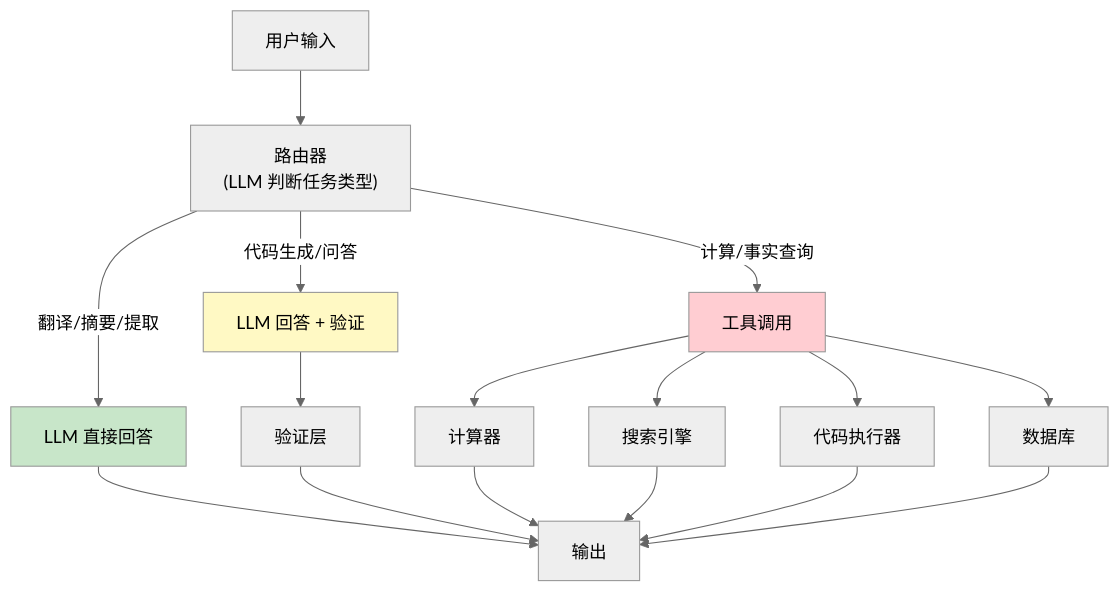
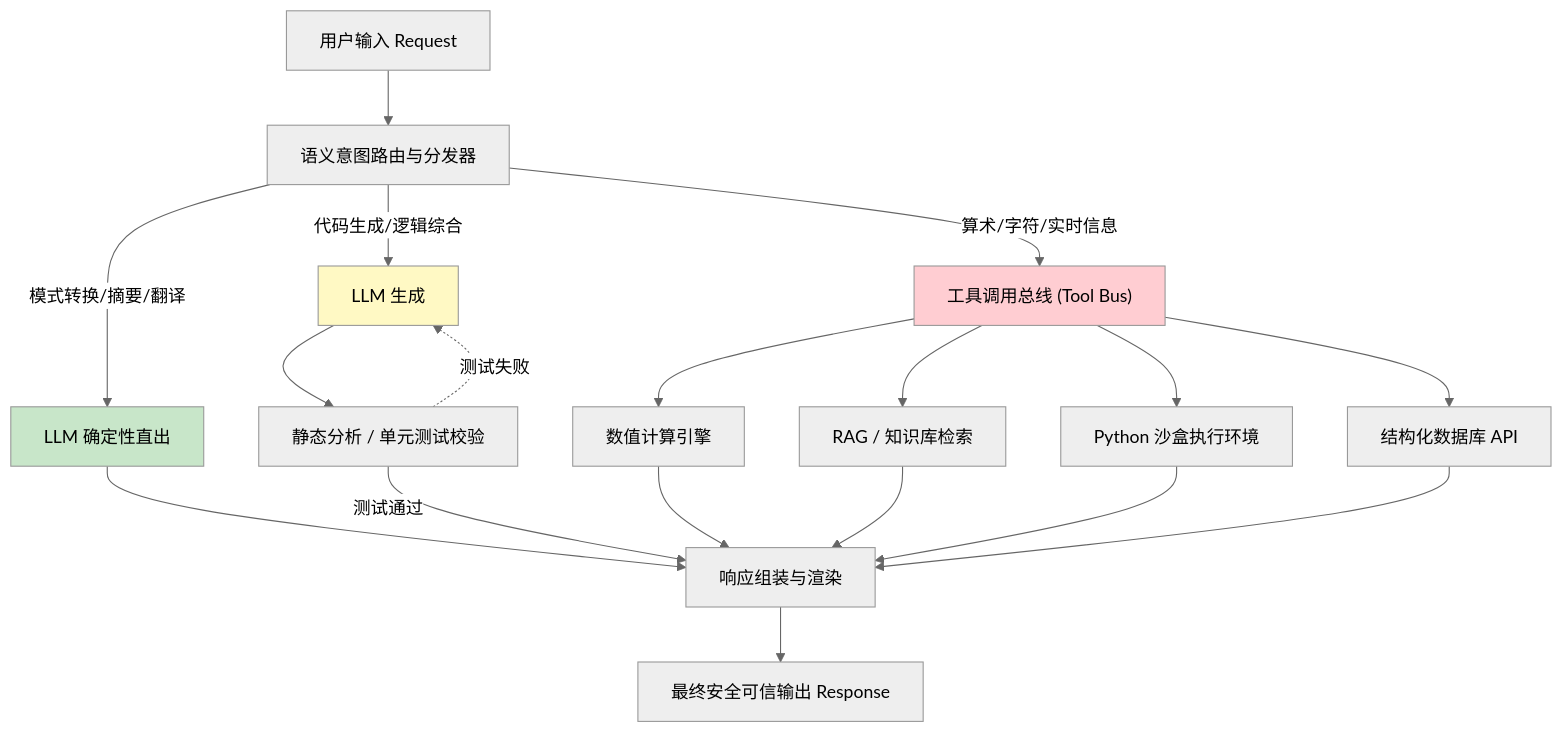
The eighth of 9 diagrams in chapters/06-limitations.md (yingwang/thinking-in-llm), drawn with Mermaid (neutral theme) before and after one commit. The commit also changed other lines of this file and 31 other files, not shown here.

````diff
--- a/chapters/06-limitations.md
+++ b/chapters/06-limitations.md
@@ -574,22 +402,27 @@
 ```mermaid
 flowchart TD
-    U["用户输入"] --> R["路由器<br>(LLM 判断任务类型)"]
-    R -->|翻译/摘要/提取| LLM["LLM 直接回答"]
-    R -->|代码生成/问答| LLM2["LLM 回答 + 验证"]
-    R -->|计算/事实查询| T["工具调用"]
-    T --> CALC["计算器"]
-    T --> SEARCH["搜索引擎"]
-    T --> CODE["代码执行器"]
-    T --> DB["数据库"]
+    User["用户输入 Request"] --> Router["语义意图路由与分发器"]
     
-    LLM --> OUT["输出"]
-    LLM2 --> V["验证层"] --> OUT
-    CALC --> OUT
-    SEARCH --> OUT
-    CODE --> OUT
-    DB --> OUT
+    Router -->|模式转换/摘要/翻译| LLM_Direct["LLM 确定性直出"]
+    Router -->|代码生成/逻辑综合| LLM_Verify["LLM 生成"] --> Verifier["静态分析 / 单元测试校验"]
+    Router -->|算术/字符/实时信息| Tool_Dispatch["工具调用总线 (Tool Bus)"]
     
-    style LLM fill:#c8e6c9
-    style LLM2 fill:#fff9c4
-    style T fill:#ffcdd2
+    Tool_Dispatch --> Tool_Calc["数值计算引擎"]
+    Tool_Dispatch --> Tool_RAG["RAG / 知识库检索"]
+    Tool_Dispatch --> Tool_Code["Python 沙盒执行环境"]
+    Tool_Dispatch --> Tool_DB["结构化数据库 API"]
+    
+    LLM_Direct --> Aggregator["响应组装与渲染"]
+    Verifier -->|测试通过| Aggregator
+    Verifier -.->|测试失败| LLM_Verify
+    Tool_Calc --> Aggregator
+    Tool_RAG --> Aggregator
+    Tool_Code --> Aggregator
+    Tool_DB --> Aggregator
+    
+    Aggregator --> Output["最终安全可信输出 Response"]
+    
+    style LLM_Direct fill:#c8e6c9
+    style LLM_Verify fill:#fff9c4
+    style Tool_Dispatch fill:#ffcdd2
 ```
````
